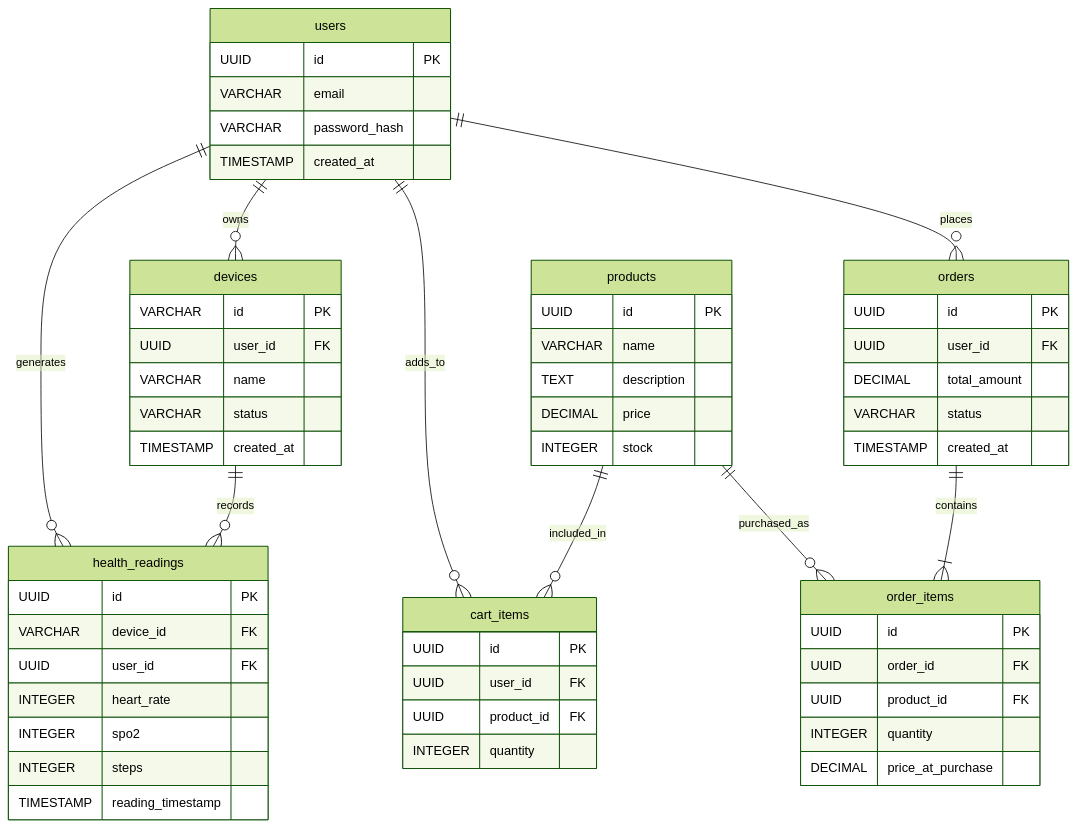
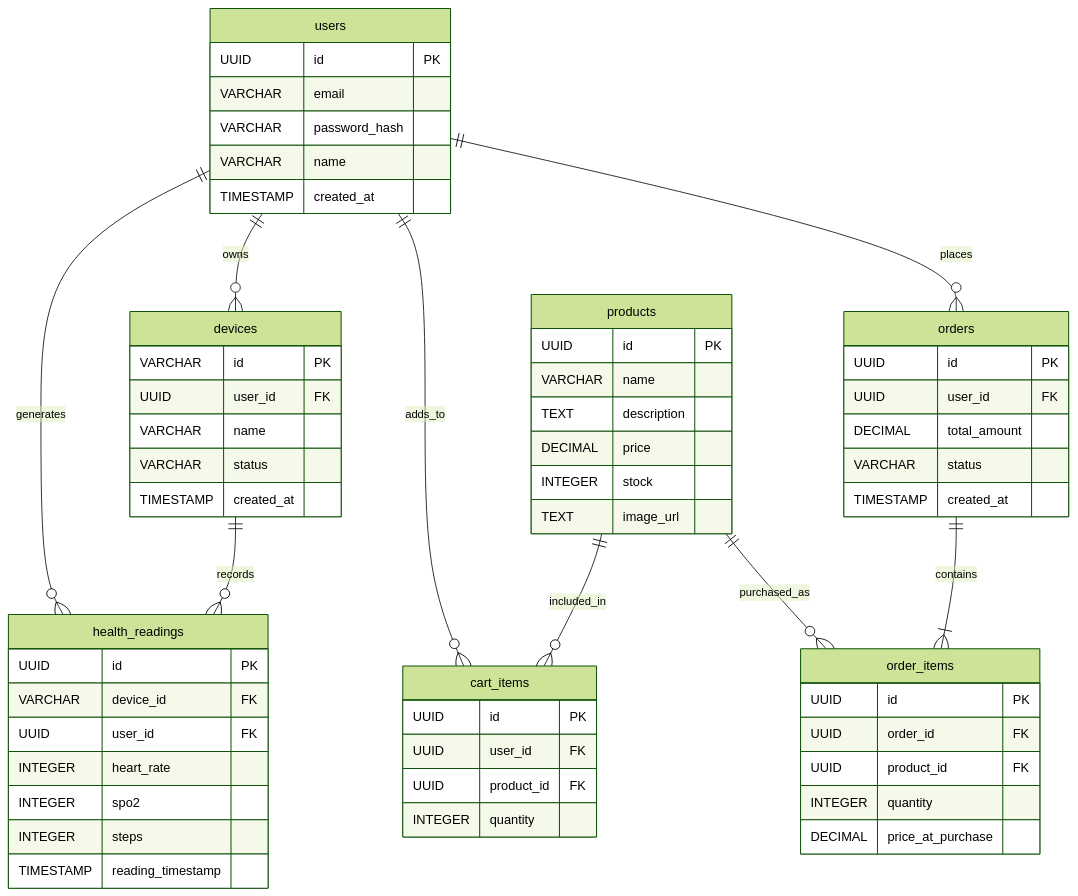
The diagram in api/README.md (thisisroshans/erbrains), drawn with Mermaid (forest theme) before and after one commit. The commit also changed other lines of this file and 13 other files, not shown here.

````diff
--- a/api/README.md
+++ b/api/README.md
@@ -72,70 +78,72 @@
 ```mermaid
 erDiagram
     users ||--o{ devices : owns
     users ||--o{ health_readings : generates
     users ||--o{ cart_items : adds_to
     users ||--o{ orders : places
 
     devices ||--o{ health_readings : records
 
     products ||--o{ cart_items : included_in
     products ||--o{ order_items : purchased_as
 
     orders ||--|{ order_items : contains
 
     users {
         UUID id PK
         VARCHAR email
         VARCHAR password_hash
+        VARCHAR name
         TIMESTAMP created_at
     }
 
     devices {
         VARCHAR id PK
         UUID user_id FK
         VARCHAR name
         VARCHAR status
         TIMESTAMP created_at
     }
 
     health_readings {
         UUID id PK
         VARCHAR device_id FK
         UUID user_id FK
         INTEGER heart_rate
         INTEGER spo2
         INTEGER steps
         TIMESTAMP reading_timestamp
     }
 
     products {
         UUID id PK
         VARCHAR name
         TEXT description
         DECIMAL price
         INTEGER stock
+        TEXT image_url
     }
 
     cart_items {
         UUID id PK
         UUID user_id FK
         UUID product_id FK
         INTEGER quantity
     }
 
     orders {
         UUID id PK
         UUID user_id FK
         DECIMAL total_amount
         VARCHAR status
         TIMESTAMP created_at
     }
 
     order_items {
         UUID id PK
         UUID order_id FK
         UUID product_id FK
         INTEGER quantity
         DECIMAL price_at_purchase
     }
 ```
````
